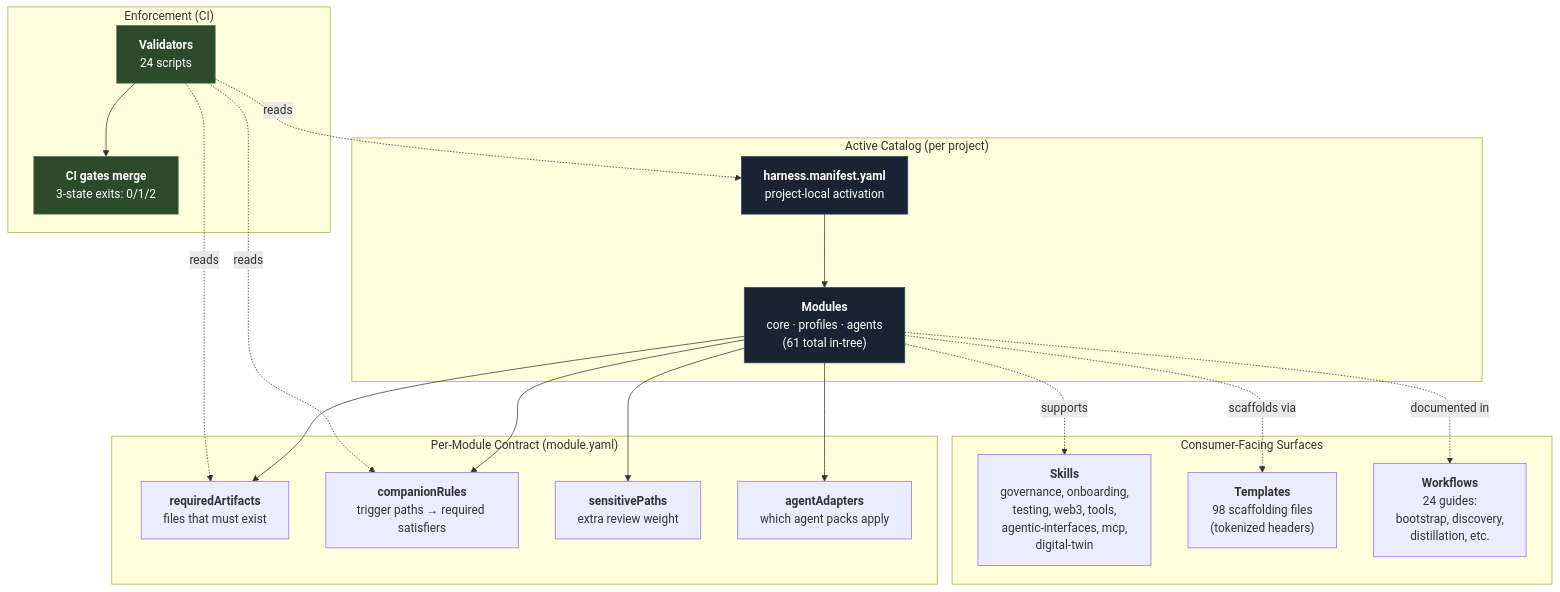
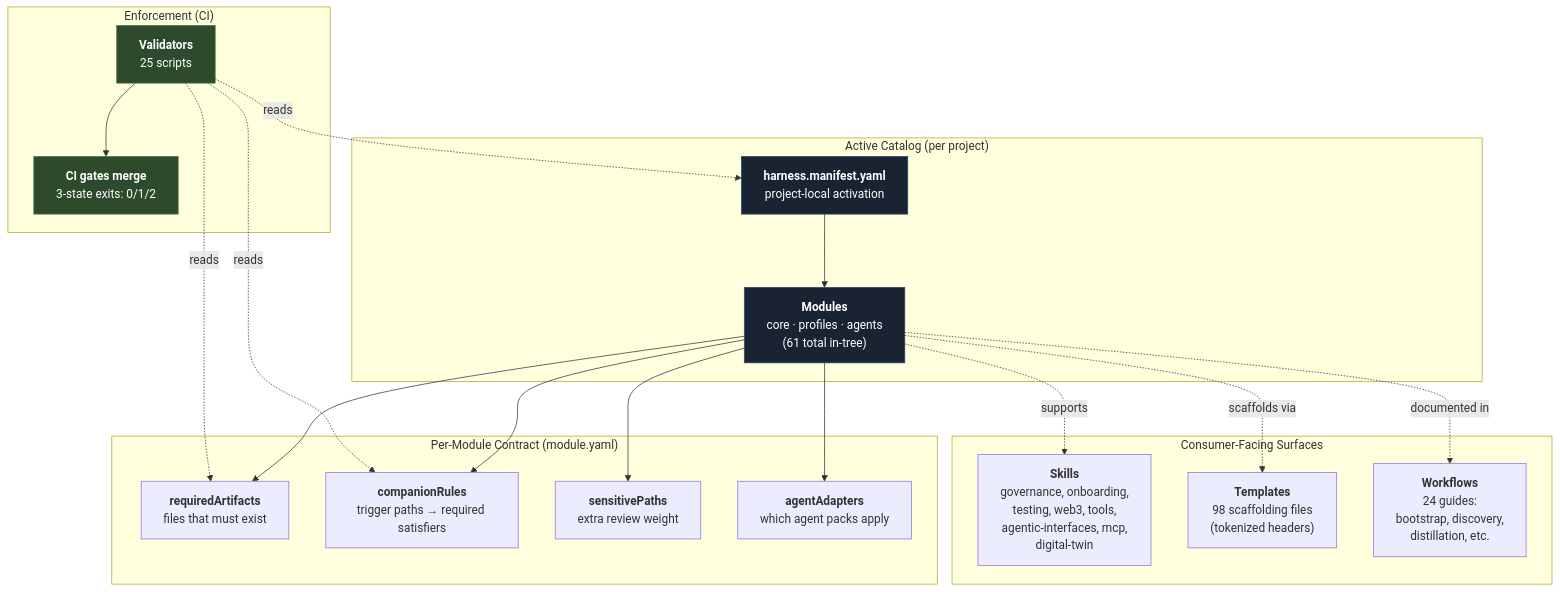
One commit to unclenate/auto-harness changed the first of 16 diagrams in docs/architecture/diagrams.md. Above: the diagram before and after it, drawn with Mermaid. The commit also changed 21 other files, not shown here.

````diff
--- a/docs/architecture/diagrams.md
+++ b/docs/architecture/diagrams.md
@@ -53,38 +53,38 @@
 ```mermaid
 flowchart TD
     Manifest["<b>harness.manifest.yaml</b><br/>project-local activation"]
 
     subgraph CATALOG["Active Catalog (per project)"]
         Manifest --> Modules["<b>Modules</b><br/>core · profiles · agents<br/>(61 total in-tree)"]
     end
 
     subgraph CONTRACT["Per-Module Contract (module.yaml)"]
         Modules --> Required["<b>requiredArtifacts</b><br/>files that must exist"]
         Modules --> Companions["<b>companionRules</b><br/>trigger paths → required satisfiers"]
         Modules --> Sensitive["<b>sensitivePaths</b><br/>extra review weight"]
         Modules --> Adapters["<b>agentAdapters</b><br/>which agent packs apply"]
     end
 
     subgraph ENFORCE["Enforcement (CI)"]
-        Validators["<b>Validators</b><br/>24 scripts"]
+        Validators["<b>Validators</b><br/>25 scripts"]
         Validators -.reads.-> Manifest
         Validators -.reads.-> Required
         Validators -.reads.-> Companions
         Validators --> CIGate["<b>CI gates merge</b><br/>3-state exits: 0/1/2"]
     end
 
     subgraph SURFACE["Consumer-Facing Surfaces"]
         Skills["<b>Skills</b><br/>governance, onboarding,<br/>testing, web3, tools,<br/>agentic-interfaces, mcp,<br/>digital-twin"]
         Templates["<b>Templates</b><br/>98 scaffolding files<br/>(tokenized headers)"]
         Workflows["<b>Workflows</b><br/>24 guides:<br/>bootstrap, discovery,<br/>distillation, etc."]
     end
 
     Modules -.supports.-> Skills
     Modules -.scaffolds via.-> Templates
     Modules -.documented in.-> Workflows
 
     style Manifest fill:#1a2332,stroke:#2c4a6b,color:#fff
     style Modules fill:#1a2332,stroke:#2c4a6b,color:#fff
     style Validators fill:#2d4a2d,stroke:#4a7a4a,color:#fff
     style CIGate fill:#2d4a2d,stroke:#4a7a4a,color:#fff
 ```
````
